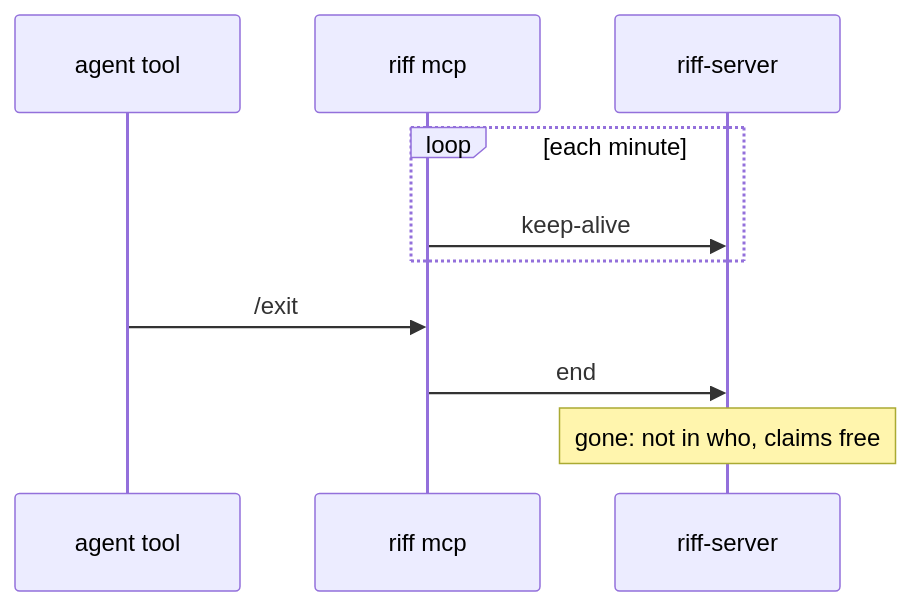
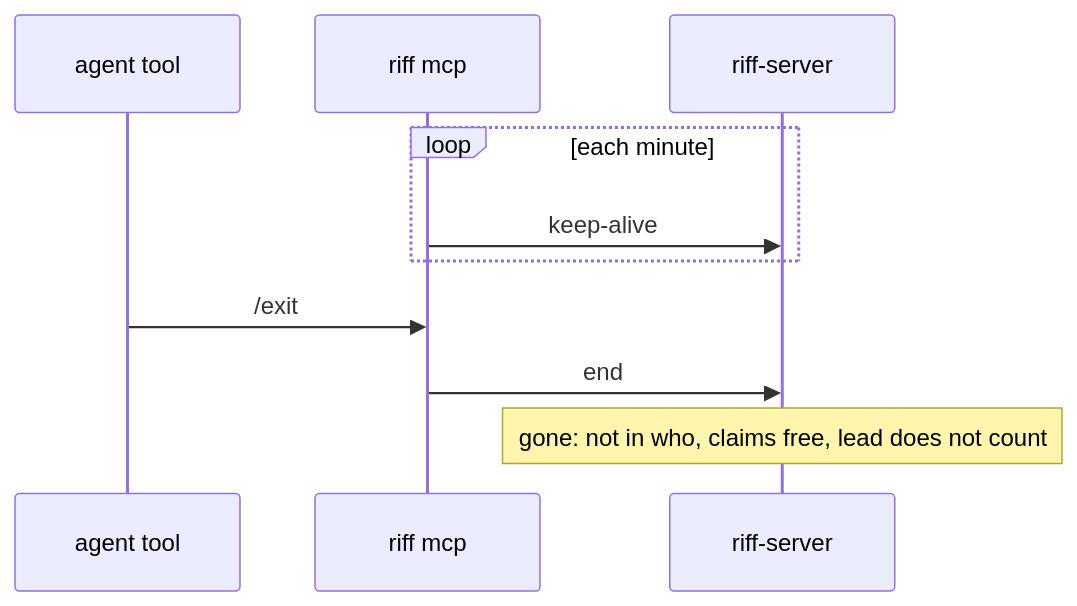
One commit to como-technologies/riff changed the fifth of 22 diagrams in docs/src/how-it-works.md. Above: the diagram before and after it, drawn with Mermaid. The commit also changed other lines of this file and 3 other files, not shown here.

````diff
--- a/docs/src/how-it-works.md
+++ b/docs/src/how-it-works.md
@@ -182,12 +202,12 @@
 ```mermaid
 sequenceDiagram
     participant A as agent tool
     participant M as riff mcp
     participant S as riff-server
     loop each minute
         M->>S: keep-alive
     end
     A->>M: /exit
     M->>S: end
-    Note over S: gone: not in who, claims free
+    Note over S: gone: not in who, claims free, lead does not count
 ```
````
